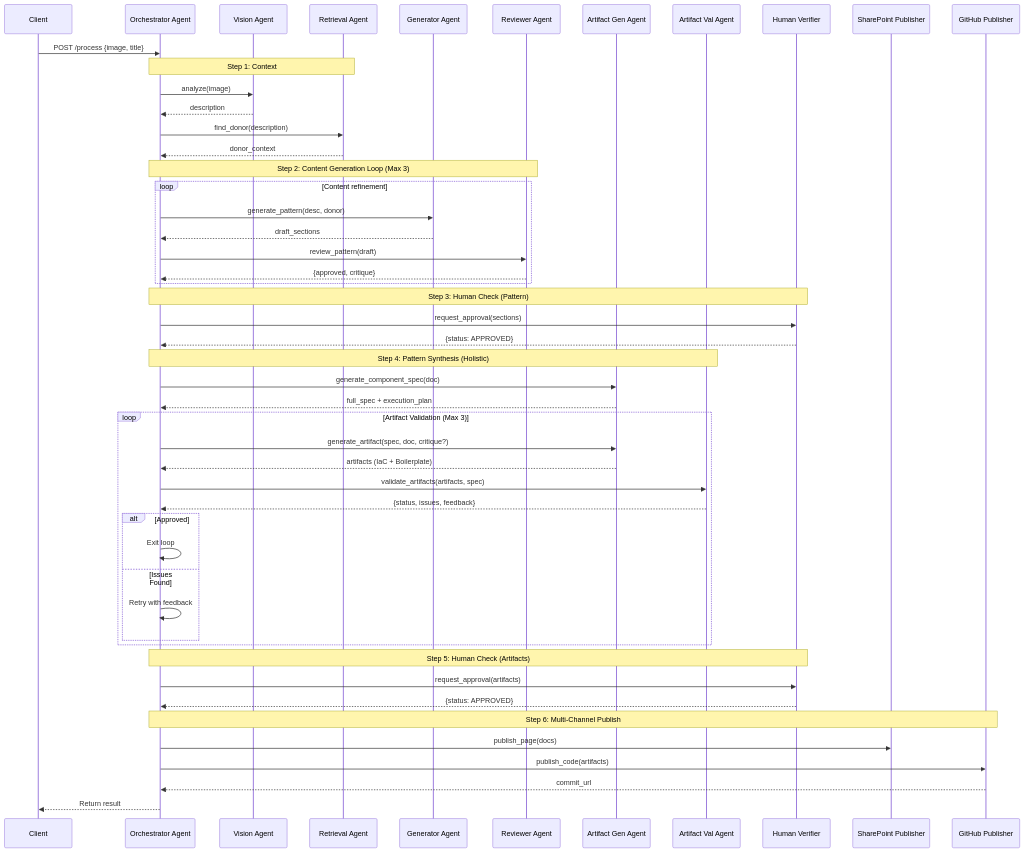
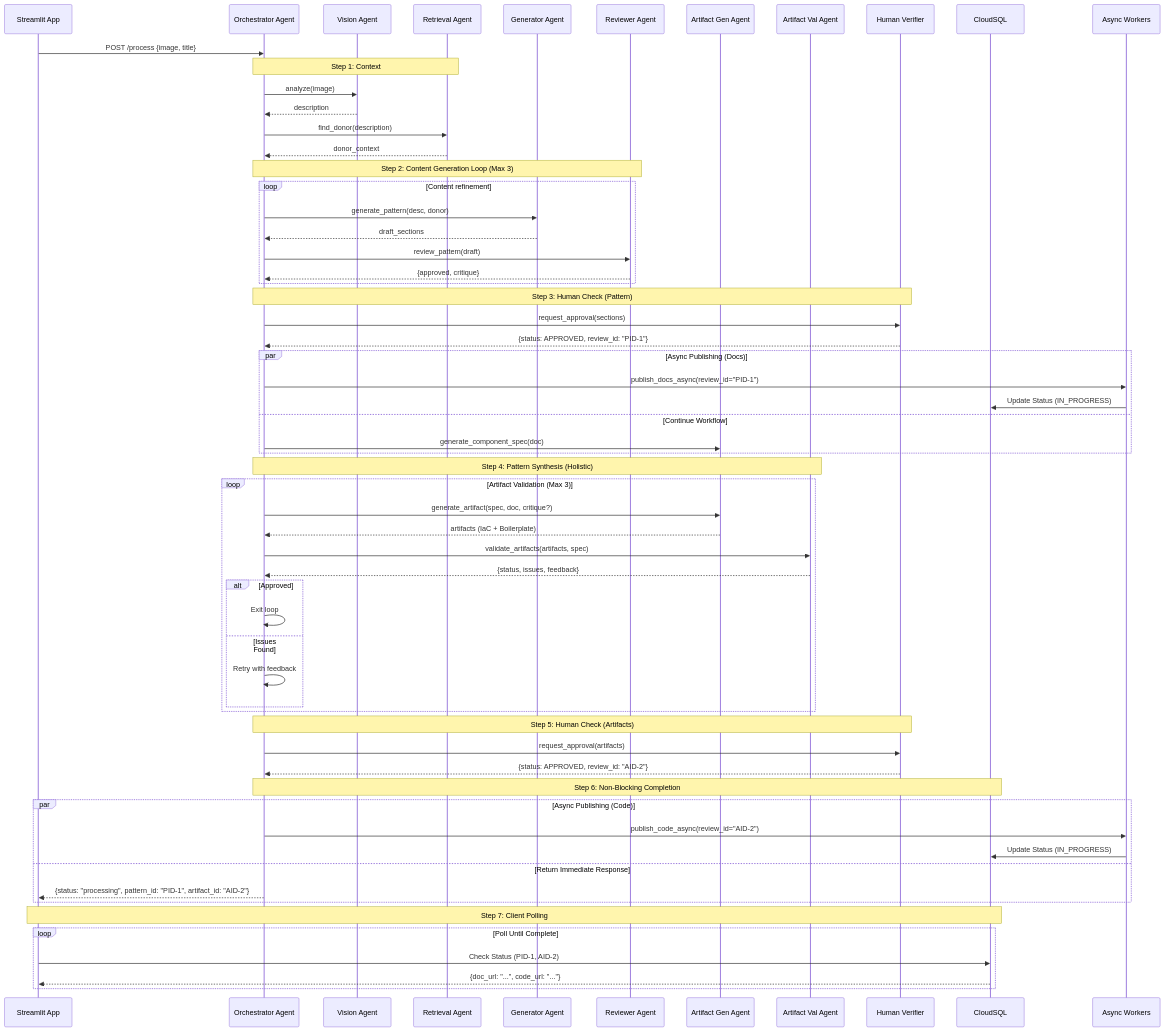
Before and after one commit to rnerurkar/engen: the third of 5 diagrams in DESIGN_DOCUMENT.md, drawn with Mermaid. The commit also changed other lines of this file and 3 other files, not shown here.

Commit message:
Refactor async publishing workflow and update design documentation

````diff
--- a/DESIGN_DOCUMENT.md
+++ b/DESIGN_DOCUMENT.md
@@ -187,61 +187,74 @@
 ```mermaid
 sequenceDiagram
-    participant Client
+    participant Client as Streamlit App
     participant Orch as Orchestrator Agent
     participant Vision as Vision Agent
     participant Ret as Retrieval Agent
     participant Gen as Generator Agent
     participant Rev as Reviewer Agent
     participant Artifact as Artifact Gen Agent
     participant Validator as Artifact Val Agent
     participant Verifier as Human Verifier
-    participant SP as SharePoint Publisher
-    participant GH as GitHub Publisher
+    participant DB as CloudSQL
+    participant Async as Async Workers
 
     Client->>Orch: POST /process {image, title}
     
     Note over Orch,Ret: Step 1: Context
     Orch->>Vision: analyze(image)
     Vision-->>Orch: description
     Orch->>Ret: find_donor(description)
     Ret-->>Orch: donor_context
 
     Note over Orch,Rev: Step 2: Content Generation Loop (Max 3)
     loop Content refinement
         Orch->>Gen: generate_pattern(desc, donor)
         Gen-->>Orch: draft_sections
         Orch->>Rev: review_pattern(draft)
         Rev-->>Orch: {approved, critique}
     end
 
     Note over Orch,Verifier: Step 3: Human Check (Pattern)
     Orch->>Verifier: request_approval(sections)
-    Verifier-->>Orch: {status: APPROVED}
+    Verifier-->>Orch: {status: APPROVED, review_id: "PID-1"}
+    
+    par Async Publishing (Docs)
+        Orch->>Async: publish_docs_async(review_id="PID-1")
+        Async->>DB: Update Status (IN_PROGRESS)
+    and Continue Workflow
+        Orch->>Artifact: generate_component_spec(doc)
+    end
 
     Note over Orch,Validator: Step 4: Pattern Synthesis (Holistic)
-    Orch->>Artifact: generate_component_spec(doc)
-    Artifact-->>Orch: full_spec + execution_plan
     
     loop Artifact Validation (Max 3)
         Orch->>Artifact: generate_artifact(spec, doc, critique?)
         Artifact-->>Orch: artifacts (IaC + Boilerplate)
         Orch->>Validator: validate_artifacts(artifacts, spec)
         Validator-->>Orch: {status, issues, feedback}
         alt Approved
              Orch->>Orch: Exit loop
         else Issues Found
              Orch->>Orch: Retry with feedback
         end
     end
 
     Note over Orch,Verifier: Step 5: Human Check (Artifacts)
     Orch->>Verifier: request_approval(artifacts)
-    Verifier-->>Orch: {status: APPROVED}
+    Verifier-->>Orch: {status: APPROVED, review_id: "AID-2"}
 
-    Note over Orch,GH: Step 6: Multi-Channel Publish
-    Orch->>SP: publish_page(docs)
-    Orch->>GH: publish_code(artifacts)
-    GH-->>Orch: commit_url
+    Note over Orch,DB: Step 6: Non-Blocking Completion
+    
+    par Async Publishing (Code)
+        Orch->>Async: publish_code_async(review_id="AID-2")
+        Async->>DB: Update Status (IN_PROGRESS)
+    and Return Immediate Response
+        Orch-->>Client: {status: "processing", pattern_id: "PID-1", artifact_id: "AID-2"}
+    end
 
-    Orch-->>Client: Return result
+    Note over Client,DB: Step 7: Client Polling
+    loop Poll Until Complete
+        Client->>DB: Check Status (PID-1, AID-2)
+        DB-->>Client: {doc_url: "...", code_url: "..."}
+    end
 ```
````
